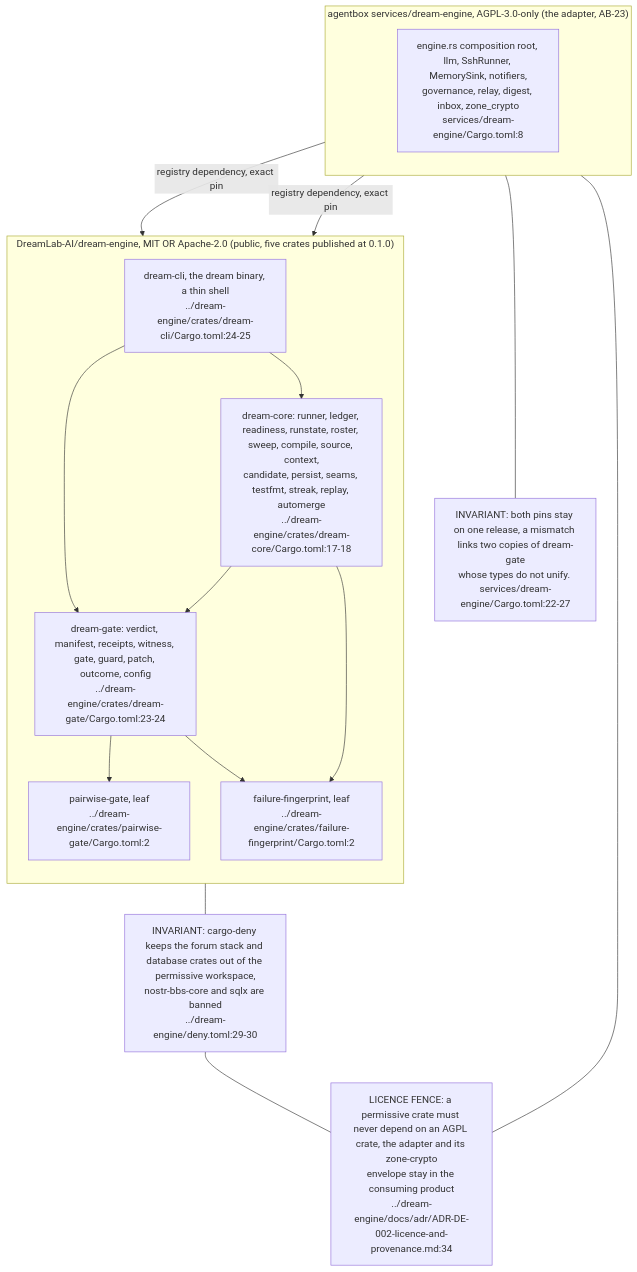
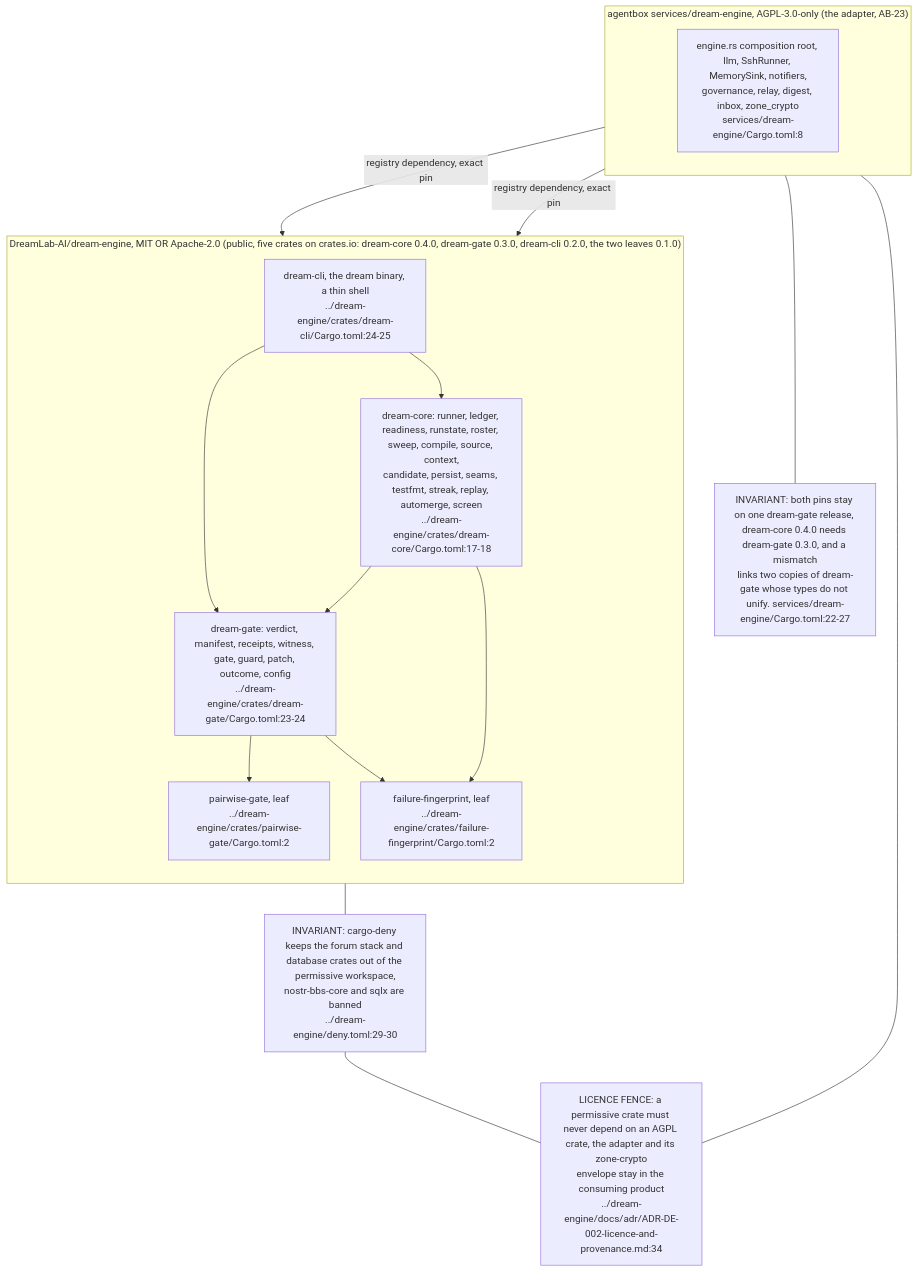
The first of 2 diagrams in docs/diagrams/dream-engine/01-crates-licence-boundary-and-estate-status.md (DreamLab-AI/VisionFlow), drawn with Mermaid before and after one commit. The commit also changed other lines of this file and 160 other files, not shown here.

````diff
--- a/docs/diagrams/dream-engine/01-crates-licence-boundary-and-estate-status.md
+++ b/docs/diagrams/dream-engine/01-crates-licence-boundary-and-estate-status.md
@@ -36,30 +40,30 @@
 ```mermaid
 flowchart TB
-    subgraph REPO["DreamLab-AI/dream-engine, MIT OR Apache-2.0 (public, five crates published at 0.1.0)"]
+    subgraph REPO["DreamLab-AI/dream-engine, MIT OR Apache-2.0 (public, five crates on crates.io: dream-core 0.4.0, dream-gate 0.3.0, dream-cli 0.2.0, the two leaves 0.1.0)"]
         direction TB
         PG["pairwise-gate, leaf<br/>../dream-engine/crates/pairwise-gate/Cargo.toml:2"]
         FF["failure-fingerprint, leaf<br/>../dream-engine/crates/failure-fingerprint/Cargo.toml:2"]
         DG["dream-gate: verdict, manifest, receipts, witness, gate, guard, patch, outcome, config<br/>../dream-engine/crates/dream-gate/Cargo.toml:23-24"]
-        DC["dream-core: runner, ledger, readiness, runstate, roster, sweep, compile, source, context,<br/>candidate, persist, seams, testfmt, streak, replay, automerge<br/>../dream-engine/crates/dream-core/Cargo.toml:17-18"]
+        DC["dream-core: runner, ledger, readiness, runstate, roster, sweep, compile, source, context,<br/>candidate, persist, seams, testfmt, streak, replay, automerge, screen<br/>../dream-engine/crates/dream-core/Cargo.toml:17-18"]
         CLI["dream-cli, the dream binary, a thin shell<br/>../dream-engine/crates/dream-cli/Cargo.toml:24-25"]
         DG --> PG
         DG --> FF
         DC --> DG
         DC --> FF
         CLI --> DG
         CLI --> DC
     end
     DENY["INVARIANT: cargo-deny keeps the forum stack and database crates out of the permissive workspace,<br/>nostr-bbs-core and sqlx are banned<br/>../dream-engine/deny.toml:29-30"]
     REPO --- DENY
     FENCE["LICENCE FENCE: a permissive crate must never depend on an AGPL crate, the adapter and its zone-crypto<br/>envelope stay in the consuming product<br/>../dream-engine/docs/adr/ADR-DE-002-licence-and-provenance.md:34"]
     DENY --- FENCE
     subgraph ESTATE["agentbox services/dream-engine, AGPL-3.0-only (the adapter, AB-23)"]
         direction TB
         AD["engine.rs composition root, llm, SshRunner, MemorySink, notifiers,<br/>governance, relay, digest, inbox, zone_crypto<br/>services/dream-engine/Cargo.toml:8"]
     end
     AD -->|"registry dependency, exact pin"| DC
     AD -->|"registry dependency, exact pin"| DG
     FENCE --- ESTATE
-    PIN["INVARIANT: both pins stay on one release, a mismatch links two copies of dream-gate<br/>whose types do not unify. services/dream-engine/Cargo.toml:22-27"]
+    PIN["INVARIANT: both pins stay on one dream-gate release, dream-core 0.4.0 needs dream-gate 0.3.0, and a mismatch<br/>links two copies of dream-gate whose types do not unify. services/dream-engine/Cargo.toml:22-27"]
     AD --- PIN
 ```
````
